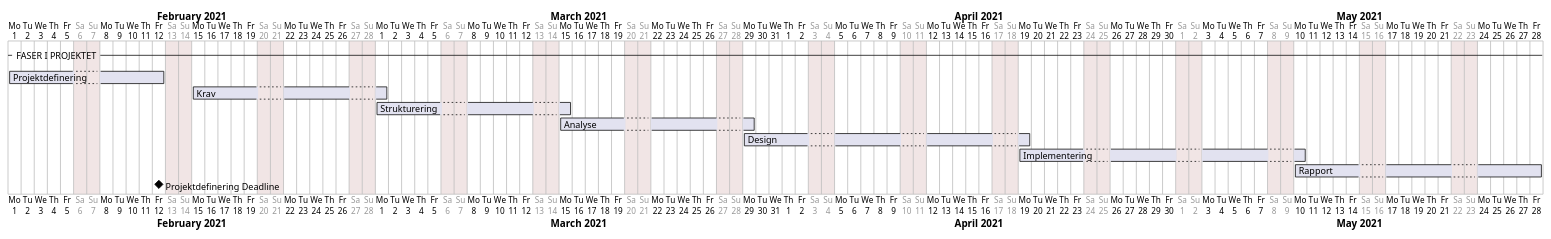
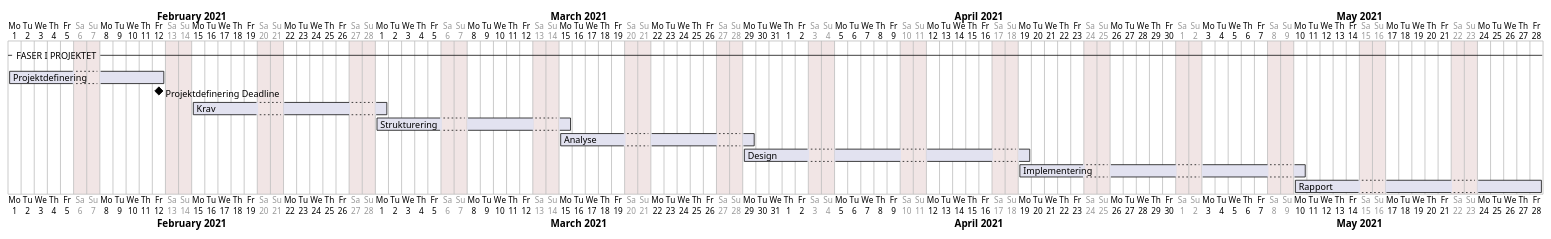
Before and after one commit to Solvgraa-mager/E4PRJ4: the diagram in Planing/timeline.puml, drawn with PlantUML.

```diff
--- a/Planing/timeline.puml
+++ b/Planing/timeline.puml
@@ -1,18 +1,19 @@
 @startgantt
 project starts the 2021/02/01
 
 saturday are closed
 sunday are closed
 
 -- FASER I PROJEKTET --
 
 [Projektdefinering] as [PD] starts the 2021/02/01 and ends at 2021/02/12
+[Projektdefinering Deadline] happens at [PD]'s end
 [Krav] as [Krav] starts the 2021/02/15 and ends at 2021/03/01
 [Strukturering] as [Strukturering] starts the 2021/03/01 and ends at 2021/03/15
 [Analyse] as [Analyse] starts the 2021/03/15 and ends at 2021/03/29
 [Design] as [Design] starts the 2021/03/29 and ends at 2021/04/19
 [Implementering] as [Implementering] starts the 2021/04/19 and ends at 2021/05/10
 [Rapport] as [Rapport] starts the 2021/05/10 and ends at 2021/05/28
-[Projektdefinering Deadline] happens at [PD]'s end
+
 
 @endgantt
```
